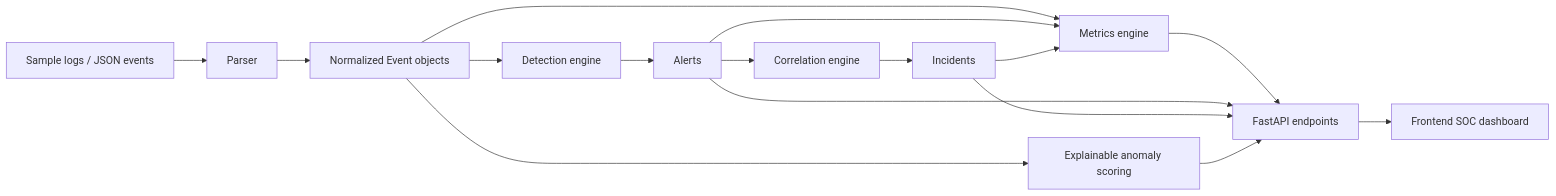
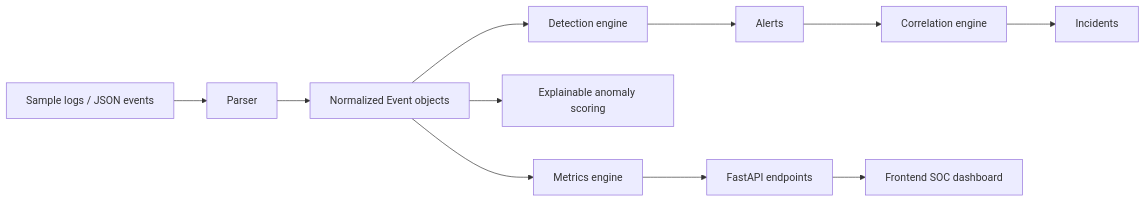
One commit to Adam-Ghanem/ai-siem changed the diagram in README.md. Above: the diagram before and after it, drawn with Mermaid. The commit also changed other lines of this file, not shown here.

````diff
--- a/README.md
+++ b/README.md
@@ -9,18 +9,13 @@
 ```mermaid
 flowchart LR
     A[Sample logs / JSON events] --> B[Parser]
     B --> C[Normalized Event objects]
     C --> D[Detection engine]
     D --> E[Alerts]
     E --> F[Correlation engine]
     F --> G[Incidents]
     C --> H[Explainable anomaly scoring]
     C --> I[Metrics engine]
-    E --> I
-    G --> I
     I --> J[FastAPI endpoints]
-    E --> J
-    G --> J
-    H --> J
     J --> K[Frontend SOC dashboard]
 ```
````
